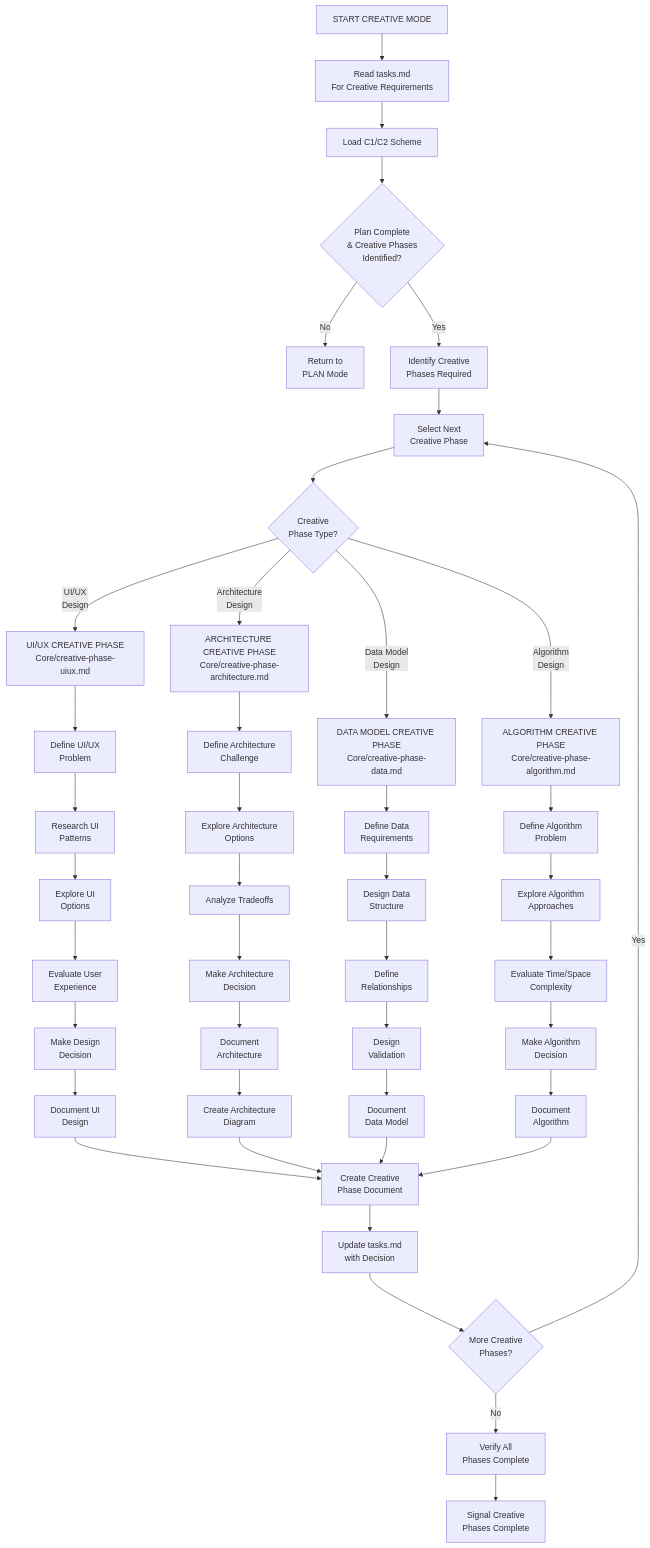
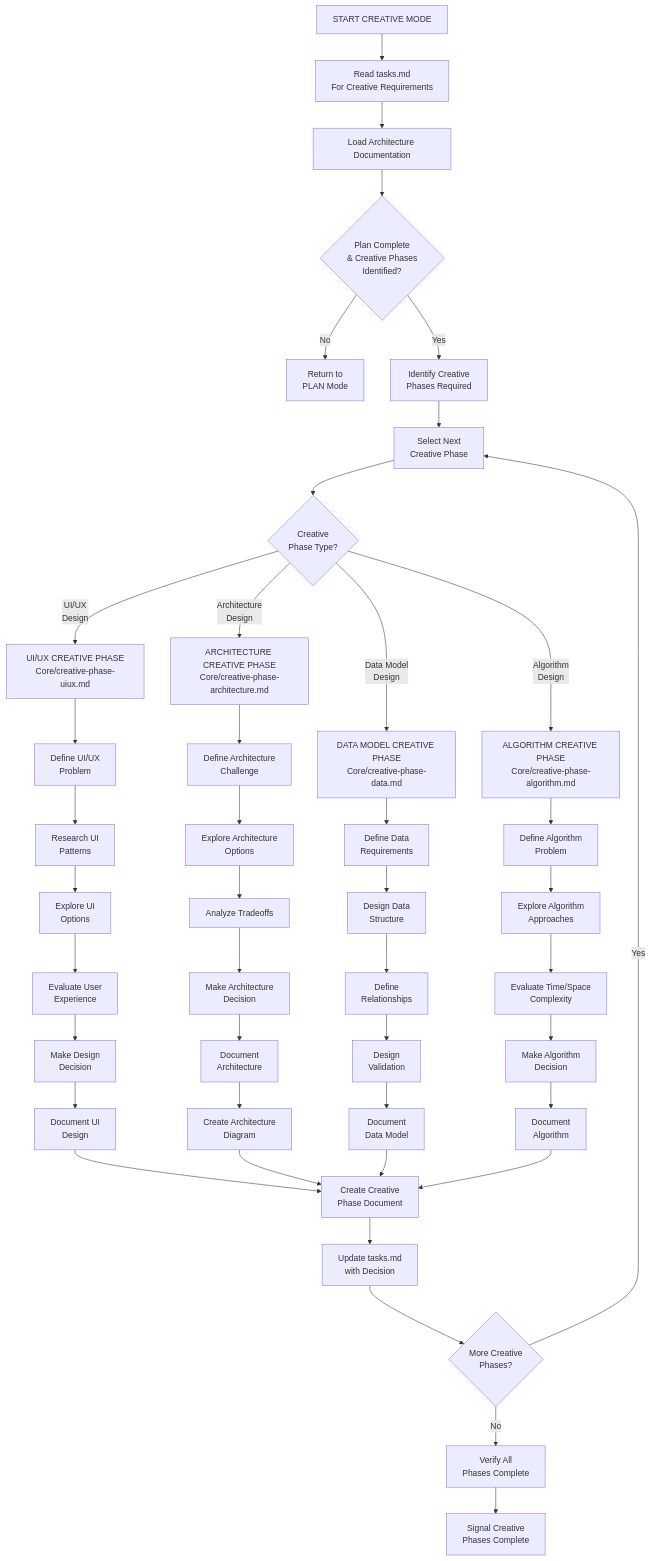
Before and after one commit to DennisGrammes/arc42-memory-bank: the first of 4 diagrams in .github/instructions/rules/isolation_rules/visual-maps/creative-mode-map.md, drawn with Mermaid. The commit also changed 25 other files, not shown here.

First line of the commit message:
feat: Migrate from C4 model to arc42 architecture documentation

````diff
--- a/.github/instructions/rules/isolation_rules/visual-maps/creative-mode-map.md
+++ b/.github/instructions/rules/isolation_rules/visual-maps/creative-mode-map.md
@@ -13,58 +13,58 @@
 ```mermaid
 graph TD
     Start["START CREATIVE MODE"] --> ReadTasks["Read tasks.md<br>For Creative Requirements"]
-    ReadTasks --> LoadScheme["Load C1/C2 Scheme"]
+    ReadTasks --> LoadScheme["Load Architecture Documentation"]
 
     %% Initial Assessment
     LoadScheme --> VerifyPlan{"Plan Complete<br>& Creative Phases<br>Identified?"}
     VerifyPlan -->|"No"| ReturnPlan["Return to<br>PLAN Mode"]
     VerifyPlan -->|"Yes"| IdentifyPhases["Identify Creative<br>Phases Required"]
     
     %% Creative Phase Selection
     IdentifyPhases --> SelectPhase["Select Next<br>Creative Phase"]
     SelectPhase --> PhaseType{"Creative<br>Phase Type?"}
     
     %% Creative Phase Types
     PhaseType -->|"UI/UX<br>Design"| UIPhase["UI/UX CREATIVE PHASE<br>Core/creative-phase-uiux.md"]
     PhaseType -->|"Architecture<br>Design"| ArchPhase["ARCHITECTURE CREATIVE PHASE<br>Core/creative-phase-architecture.md"]
     PhaseType -->|"Data Model<br>Design"| DataPhase["DATA MODEL CREATIVE PHASE<br>Core/creative-phase-data.md"]
     PhaseType -->|"Algorithm<br>Design"| AlgoPhase["ALGORITHM CREATIVE PHASE<br>Core/creative-phase-algorithm.md"]
     
     %% UI/UX Creative Phase
     UIPhase --> UI_Problem["Define UI/UX<br>Problem"]
     UI_Problem --> UI_Research["Research UI<br>Patterns"]
     UI_Research --> UI_Options["Explore UI<br>Options"]
     UI_Options --> UI_Evaluate["Evaluate User<br>Experience"]
     UI_Evaluate --> UI_Decision["Make Design<br>Decision"]
     UI_Decision --> UI_Document["Document UI<br>Design"]
     
     %% Architecture Creative Phase
     ArchPhase --> Arch_Problem["Define Architecture<br>Challenge"]
     Arch_Problem --> Arch_Options["Explore Architecture<br>Options"]
     Arch_Options --> Arch_Analyze["Analyze Tradeoffs"]
     Arch_Analyze --> Arch_Decision["Make Architecture<br>Decision"]
     Arch_Decision --> Arch_Document["Document<br>Architecture"]
     Arch_Document --> Arch_Diagram["Create Architecture<br>Diagram"]
     
     %% Data Model Creative Phase
     DataPhase --> Data_Requirements["Define Data<br>Requirements"]
     Data_Requirements --> Data_Structure["Design Data<br>Structure"]
     Data_Structure --> Data_Relations["Define<br>Relationships"]
     Data_Relations --> Data_Validation["Design<br>Validation"]
     Data_Validation --> Data_Document["Document<br>Data Model"]
     
     %% Algorithm Creative Phase
     AlgoPhase --> Algo_Problem["Define Algorithm<br>Problem"]
     Algo_Problem --> Algo_Options["Explore Algorithm<br>Approaches"]
     Algo_Options --> Algo_Evaluate["Evaluate Time/Space<br>Complexity"]
     Algo_Evaluate --> Algo_Decision["Make Algorithm<br>Decision"]
     Algo_Decision --> Algo_Document["Document<br>Algorithm"]
     
     %% Documentation & Completion
     UI_Document & Arch_Diagram & Data_Document & Algo_Document --> CreateDoc["Create Creative<br>Phase Document"]
     CreateDoc --> UpdateTasks["Update tasks.md<br>with Decision"]
     UpdateTasks --> MorePhases{"More Creative<br>Phases?"}
     MorePhases -->|"Yes"| SelectPhase
     MorePhases -->|"No"| VerifyComplete["Verify All<br>Phases Complete"]
     VerifyComplete --> NotifyComplete["Signal Creative<br>Phases Complete"]
 ```
````
